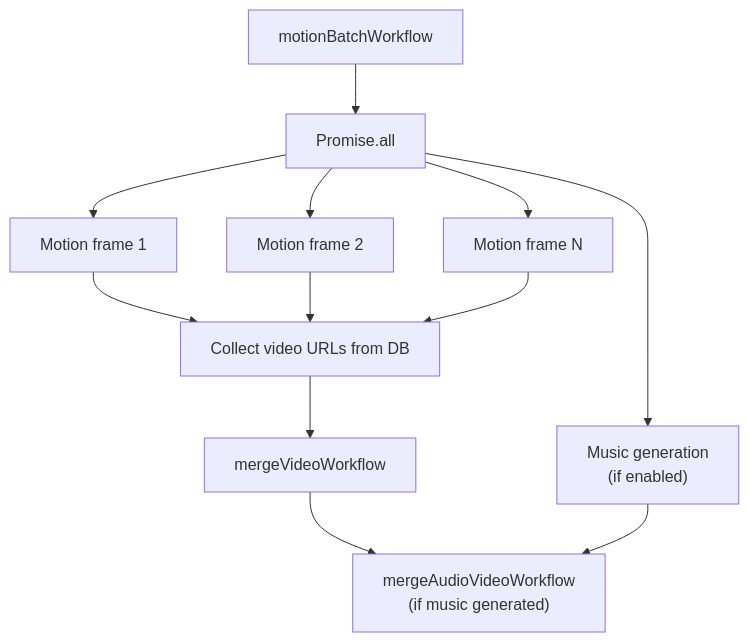
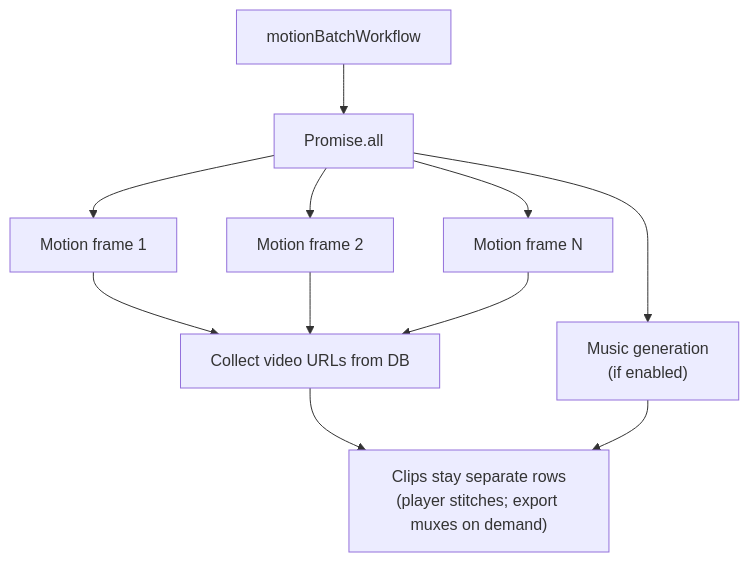
The sixth of 7 diagrams in docs/developer-guide/workflow.md (Jyatin/openstory), drawn with Mermaid before and after one commit. The commit also changed other lines of this file and 8 other files, not shown here.

````diff
--- a/docs/developer-guide/workflow.md
+++ b/docs/developer-guide/workflow.md
@@ -326,14 +322,13 @@
 ```mermaid
 flowchart TD
     Start["motionBatchWorkflow"] --> Parallel["Promise.all"]
     Parallel --> M1["Motion frame 1"]
     Parallel --> M2["Motion frame 2"]
     Parallel --> MN["Motion frame N"]
     Parallel --> Music["Music generation<br/>(if enabled)"]
     M1 --> Collect["Collect video URLs from DB"]
     M2 --> Collect
     MN --> Collect
-    Collect --> MergeV["mergeVideoWorkflow"]
-    MergeV --> MergeAV["mergeAudioVideoWorkflow<br/>(if music generated)"]
-    Music --> MergeAV
+    Collect --> Done["Clips stay separate rows<br/>(player stitches; export muxes on demand)"]
+    Music --> Done
 ```
````
